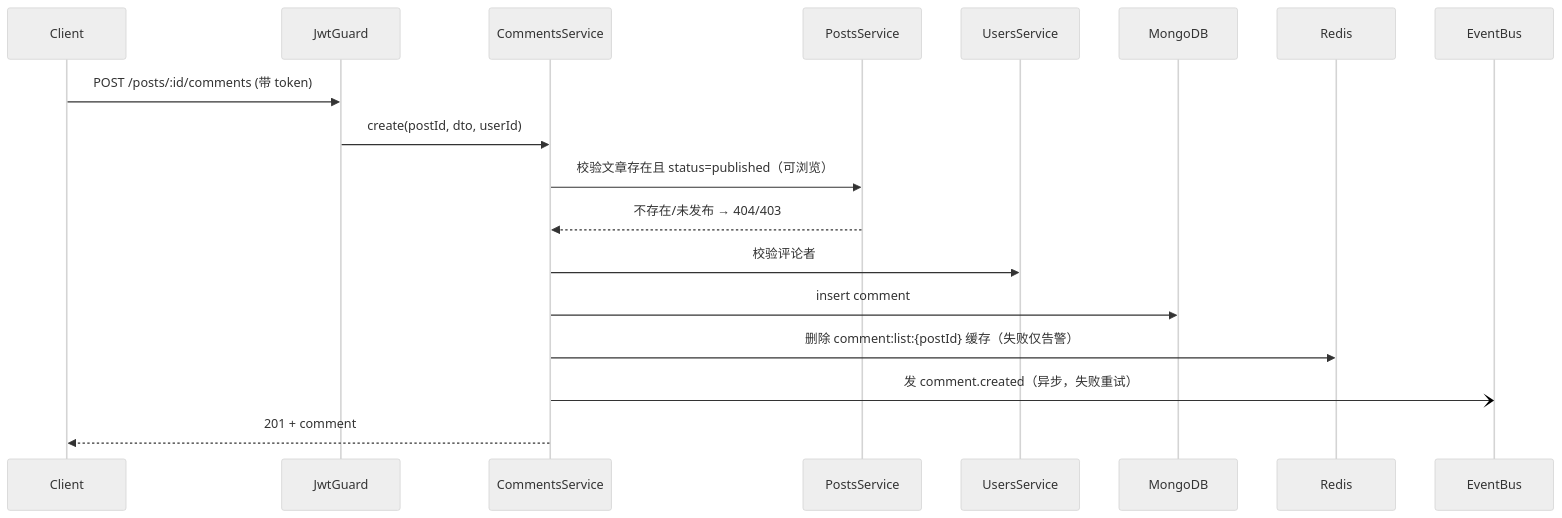
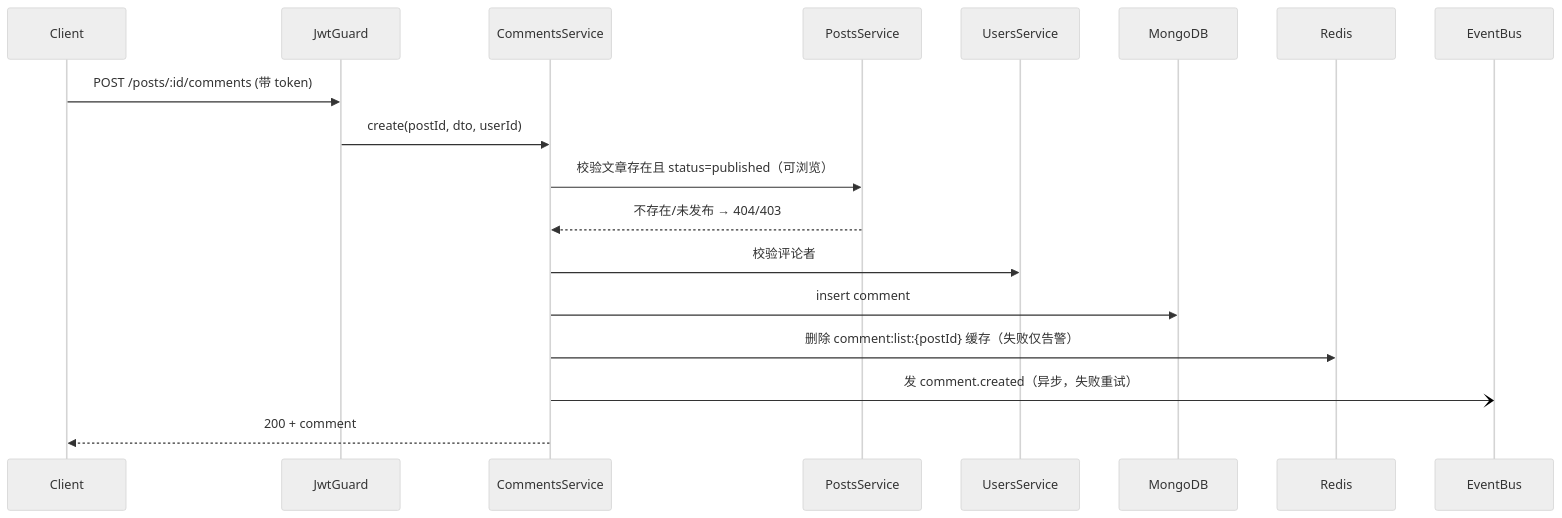
Before and after one commit to Qiuyaxian/ai-blog-backtend: the fifth of 5 diagrams in docs/architecture/data-flows.md, drawn with Mermaid (neutral theme). The commit also changed other lines of this file and 58 other files, not shown here.

````diff
--- a/docs/architecture/data-flows.md
+++ b/docs/architecture/data-flows.md
@@ -124,20 +124,20 @@
 ```mermaid
 sequenceDiagram
     participant C as Client
     participant G as JwtGuard
     participant CM as CommentsService
     participant PS as PostsService
     participant US as UsersService
     participant DB as MongoDB
     participant R as Redis
     participant Q as EventBus
     C->>G: POST /posts/:id/comments (带 token)
     G->>CM: create(postId, dto, userId)
     CM->>PS: 校验文章存在且 status=published（可浏览）
     PS-->>CM: 不存在/未发布 → 404/403
     CM->>US: 校验评论者
     CM->>DB: insert comment
     CM->>R: 删除 comment:list:{postId} 缓存（失败仅告警）
     CM-)Q: 发 comment.created（异步，失败重试）
-    CM-->>C: 201 + comment
+    CM-->>C: 200 + comment
 ```
````
